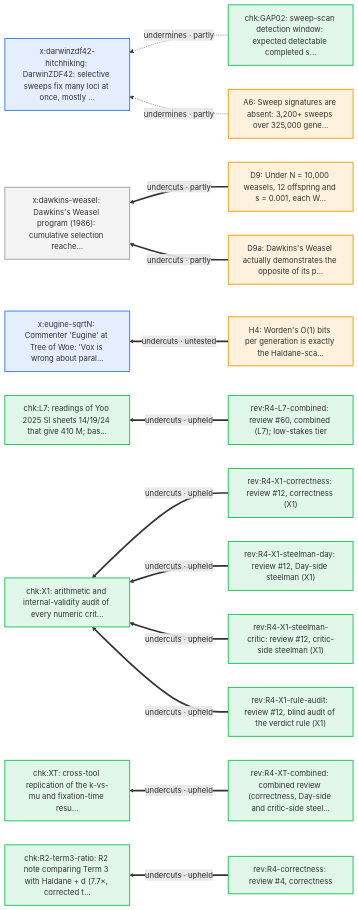
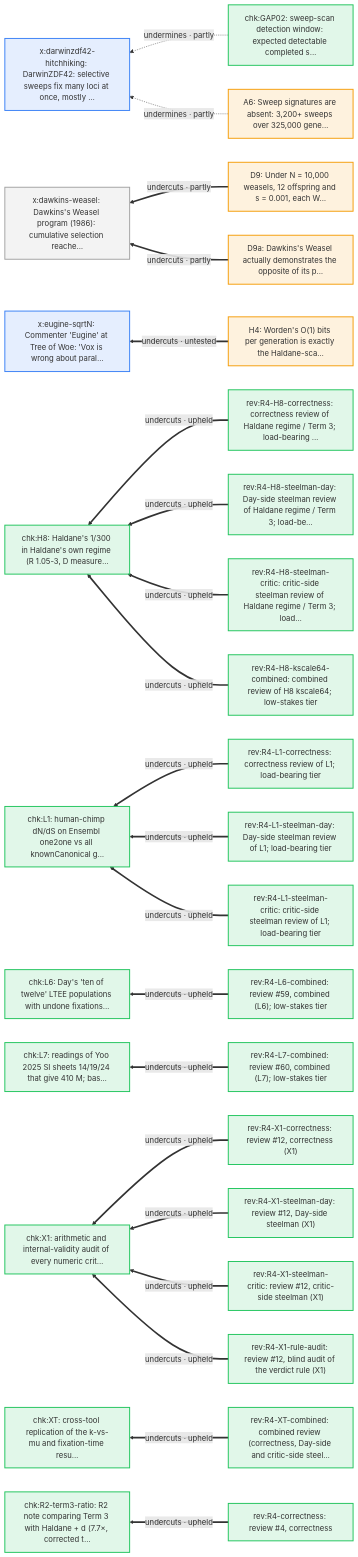
One commit to nickallevato/evo-sim changed diagram 20 of 20 in docs/arguments/defeaters.md. Above: the diagram before and after it, drawn with Mermaid. The commit also changed other lines of this file and 14 other files, not shown here.

````diff
--- a/docs/arguments/defeaters.md
+++ b/docs/arguments/defeaters.md
@@ -1131,39 +1118,58 @@
 ```mermaid
 flowchart RL
   classDef day fill:#f59e0b22,stroke:#f59e0b,stroke-width:2px
   classDef ally fill:#d9770622,stroke:#d97706,stroke-width:2px
   classDef critic fill:#3b82f622,stroke:#3b82f6,stroke-width:2px
   classDef literature fill:#a3a3a322,stroke:#a3a3a3,stroke-width:2px
   classDef audit fill:#22c55e22,stroke:#22c55e,stroke-width:2px
   A6["A6: Sweep signatures are absent: 3,200+ sweeps over 325,000 gene…"]:::day
   D9["D9: Under N = 10,000 weasels, 12 offspring and s = 0.001, each W…"]:::day
   D9a["D9a: Dawkins's Weasel actually demonstrates the opposite of its p…"]:::day
   H4["H4: Worden's O(1) bits per generation is exactly the Haldane-sca…"]:::day
   chk_GAP02["chk:GAP02: sweep-scan detection window: expected detectable completed s…"]:::audit
+  chk_H8["chk:H8: Haldane's 1/300 in Haldane's own regime (R 1.05-3, D measure…"]:::audit
+  chk_L1["chk:L1: human-chimp dN/dS on Ensembl one2one vs all knownCanonical g…"]:::audit
+  chk_L6["chk:L6: Day's 'ten of twelve' LTEE populations with undone fixations…"]:::audit
   chk_L7["chk:L7: readings of Yoo 2025 SI sheets 14/19/24 that give 410 M; bas…"]:::audit
   chk_R2_term3_ratio["chk:R2-term3-ratio: R2 note comparing Term 3 with Haldane + d (7.7×, corrected t…"]:::audit
   chk_X1["chk:X1: arithmetic and internal-validity audit of every numeric crit…"]:::audit
   chk_XT["chk:XT: cross-tool replication of the k-vs-mu and fixation-time resu…"]:::audit
+  rev_R4_H8_correctness["rev:R4-H8-correctness: correctness review of Haldane regime / Term 3; load-bearing …"]:::audit
+  rev_R4_H8_kscale64_combined["rev:R4-H8-kscale64-combined: combined review of H8 kscale64; low-stakes tier"]:::audit
+  rev_R4_H8_steelman_critic["rev:R4-H8-steelman-critic: critic-side steelman review of Haldane regime / Term 3; load…"]:::audit
+  rev_R4_H8_steelman_day["rev:R4-H8-steelman-day: Day-side steelman review of Haldane regime / Term 3; load-be…"]:::audit
+  rev_R4_L1_correctness["rev:R4-L1-correctness: correctness review of L1; load-bearing tier"]:::audit
+  rev_R4_L1_steelman_critic["rev:R4-L1-steelman-critic: critic-side steelman review of L1; load-bearing tier"]:::audit
+  rev_R4_L1_steelman_day["rev:R4-L1-steelman-day: Day-side steelman review of L1; load-bearing tier"]:::audit
+  rev_R4_L6_combined["rev:R4-L6-combined: review #59, combined (L6); low-stakes tier"]:::audit
   rev_R4_L7_combined["rev:R4-L7-combined: review #60, combined (L7); low-stakes tier"]:::audit
   rev_R4_X1_correctness["rev:R4-X1-correctness: review #12, correctness (X1)"]:::audit
   rev_R4_X1_rule_audit["rev:R4-X1-rule-audit: review #12, blind audit of the verdict rule (X1)"]:::audit
   rev_R4_X1_steelman_critic["rev:R4-X1-steelman-critic: review #12, critic-side steelman (X1)"]:::audit
   rev_R4_X1_steelman_day["rev:R4-X1-steelman-day: review #12, Day-side steelman (X1)"]:::audit
   rev_R4_XT_combined["rev:R4-XT-combined: combined review (correctness, Day-side and critic-side steel…"]:::audit
   rev_R4_correctness["rev:R4-correctness: review #4, correctness"]:::audit
   x_darwinzdf42_hitchhiking["x:darwinzdf42-hitchhiking: DarwinZDF42: selective sweeps fix many loci at once, mostly …"]:::critic
   x_dawkins_weasel["x:dawkins-weasel: Dawkins's Weasel program (1986): cumulative selection reache…"]:::literature
   x_eugine_sqrtN["x:eugine-sqrtN: Commenter 'Eugine' at Tree of Woe: 'Vox is wrong about paral…"]:::critic
+  rev_R4_H8_correctness ==>|"undercuts · upheld"| chk_H8
+  rev_R4_H8_steelman_day ==>|"undercuts · upheld"| chk_H8
+  rev_R4_H8_steelman_critic ==>|"undercuts · upheld"| chk_H8
+  rev_R4_H8_kscale64_combined ==>|"undercuts · upheld"| chk_H8
+  rev_R4_L1_correctness ==>|"undercuts · upheld"| chk_L1
+  rev_R4_L1_steelman_day ==>|"undercuts · upheld"| chk_L1
+  rev_R4_L1_steelman_critic ==>|"undercuts · upheld"| chk_L1
+  rev_R4_L6_combined ==>|"undercuts · upheld"| chk_L6
   rev_R4_L7_combined ==>|"undercuts · upheld"| chk_L7
   rev_R4_correctness ==>|"undercuts · upheld"| chk_R2_term3_ratio
   rev_R4_X1_correctness ==>|"undercuts · upheld"| chk_X1
   rev_R4_X1_steelman_day ==>|"undercuts · upheld"| chk_X1
   rev_R4_X1_steelman_critic ==>|"undercuts · upheld"| chk_X1
   rev_R4_X1_rule_audit ==>|"undercuts · upheld"| chk_X1
   rev_R4_XT_combined ==>|"undercuts · upheld"| chk_XT
   chk_GAP02 -.->|"undermines · partly"| x_darwinzdf42_hitchhiking
   A6 -.->|"undermines · partly"| x_darwinzdf42_hitchhiking
   D9 ==>|"undercuts · partly"| x_dawkins_weasel
   D9a ==>|"undercuts · partly"| x_dawkins_weasel
   H4 ==>|"undercuts · untested"| x_eugine_sqrtN
 ```
````
